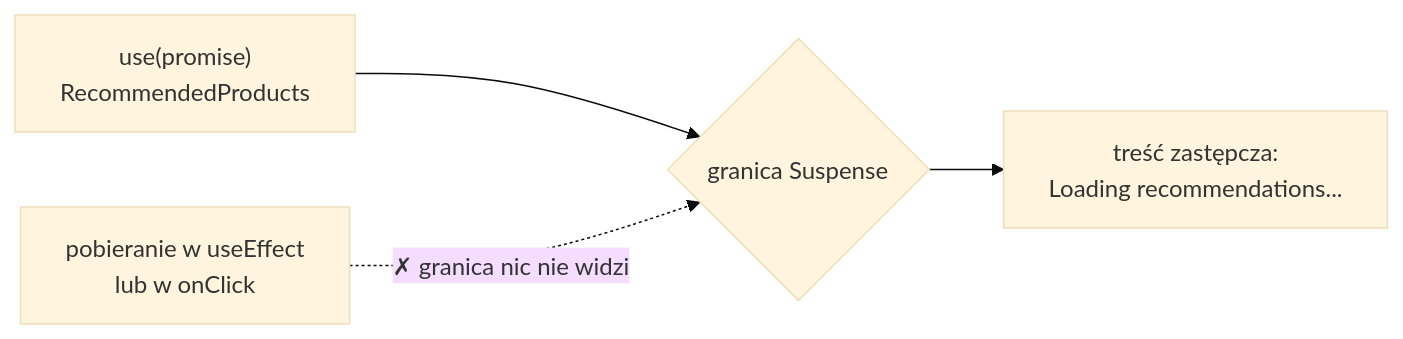
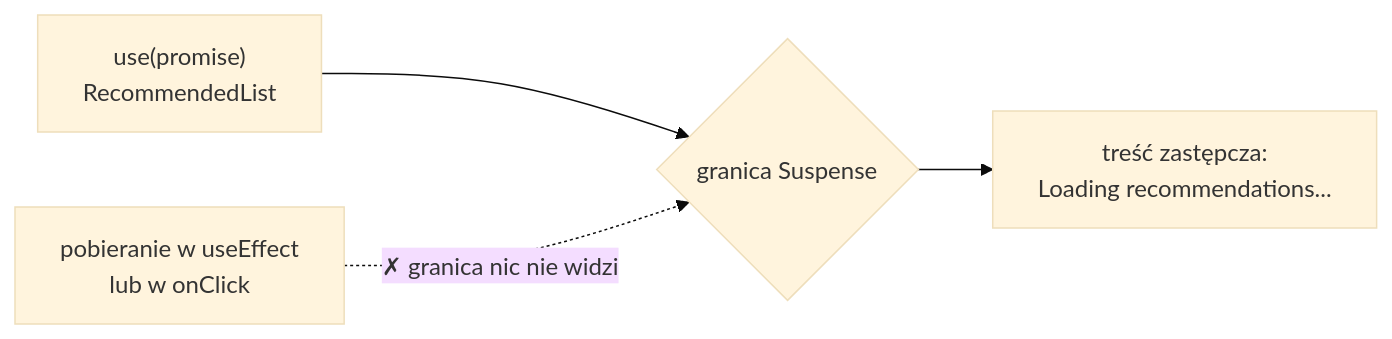
One commit to mmiotk/frontend-development-ug changed the diagram in lecture04/slides/slide_08_use-i-suspense.md. Above: the diagram before and after it, drawn with Mermaid (base theme). The commit also changed other lines of this file and 38 other files, not shown here.

````diff
--- a/lecture04/slides/slide_08_use-i-suspense.md
+++ b/lecture04/slides/slide_08_use-i-suspense.md
@@ -128,7 +142,7 @@
 ```mermaid
 %%{init: {"flowchart": {"wrappingWidth": 360}}}%%
 flowchart LR
-    U["use(promise)<br/>RecommendedProducts"] --> S{"granica Suspense"}
+    U["use(promise)<br/>RecommendedList"] --> S{"granica Suspense"}
     S --> FB["treść zastępcza:<br/>Loading recommendations..."]
     E["pobieranie w useEffect<br/>lub w onClick"] -. "✗ granica nic nie widzi" .-> S
 ```
````
